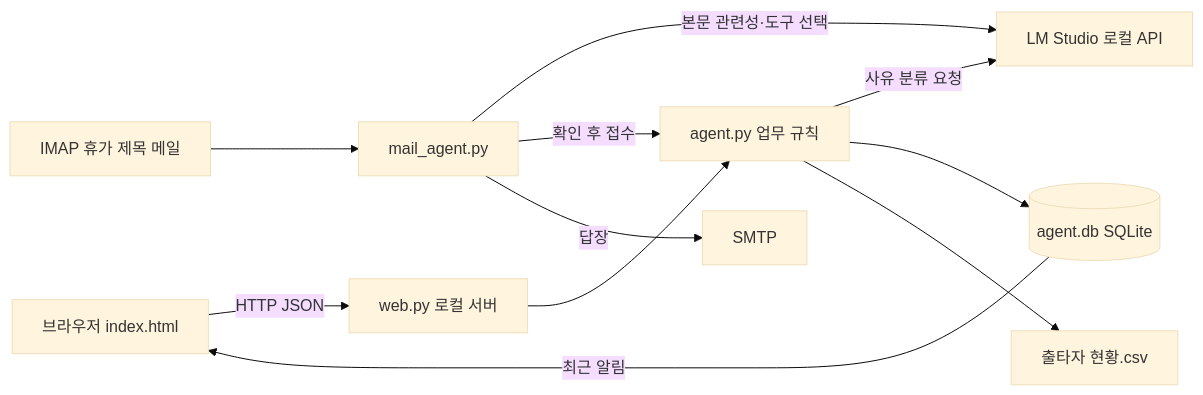
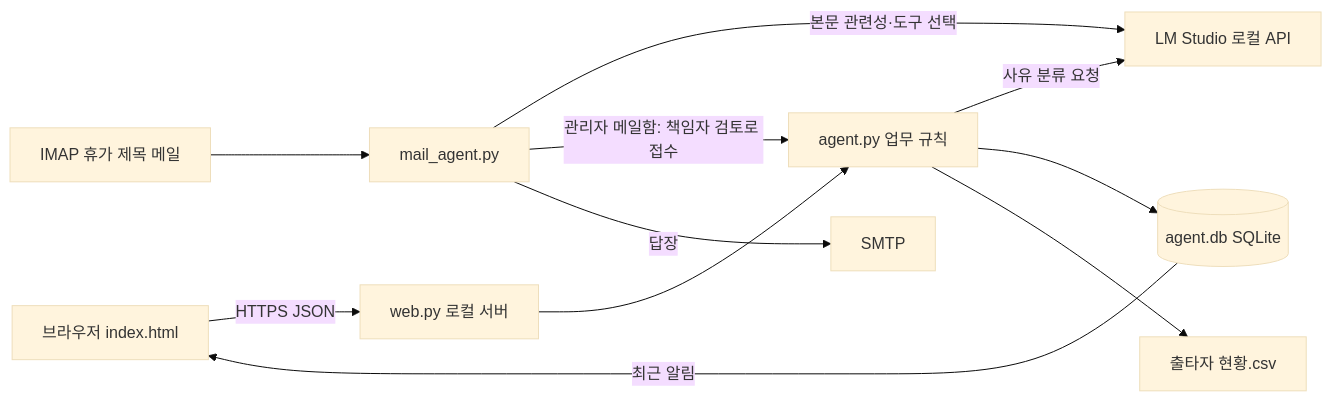
The diagram in ARCHITECTURE.md (homilpat/leave-agent), drawn with Mermaid (base theme) before and after one commit. The commit also changed other lines of this file and 9 other files, not shown here.

````diff
--- a/ARCHITECTURE.md
+++ b/ARCHITECTURE.md
@@ -5,13 +5,13 @@
 ```mermaid
 flowchart LR
-    A[브라우저 index.html] -->|HTTP JSON| B[web.py 로컬 서버]
+    A[브라우저 index.html] -->|HTTPS JSON| B[web.py 로컬 서버]
     B --> C[agent.py 업무 규칙]
     C -->|사유 분류 요청| D[LM Studio 로컬 API]
     C --> E[(agent.db SQLite)]
     C --> F[출타자 현황.csv]
     E -->|최근 알림| A
     G[IMAP 휴가 제목 메일] --> H[mail_agent.py]
     H -->|본문 관련성·도구 선택| D
-    H -->|확인 후 접수| C
+    H -->|관리자 메일함: 책임자 검토로 접수| C
     H -->|답장| I[SMTP]
 ```
````
